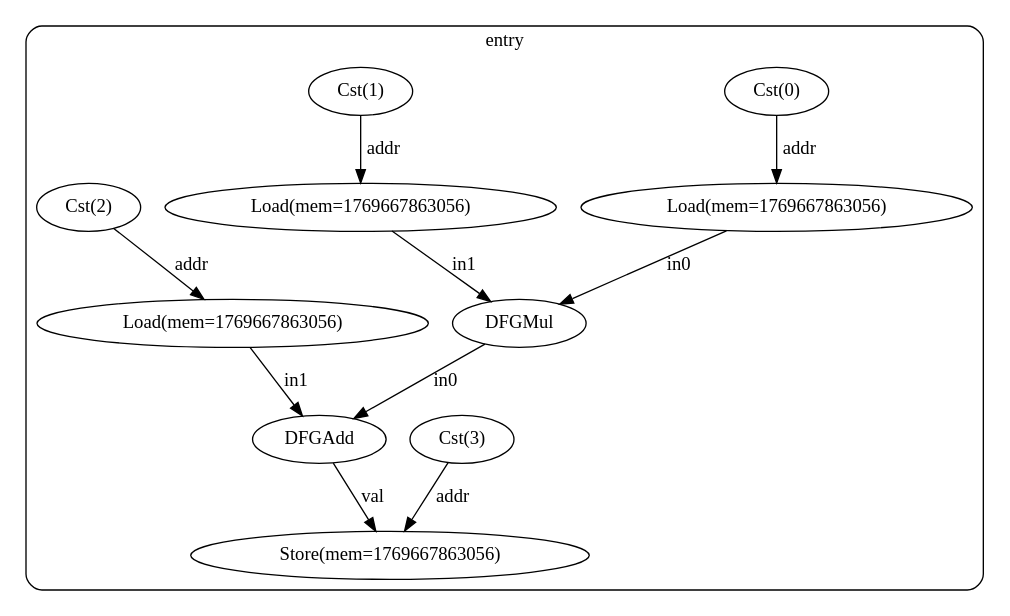
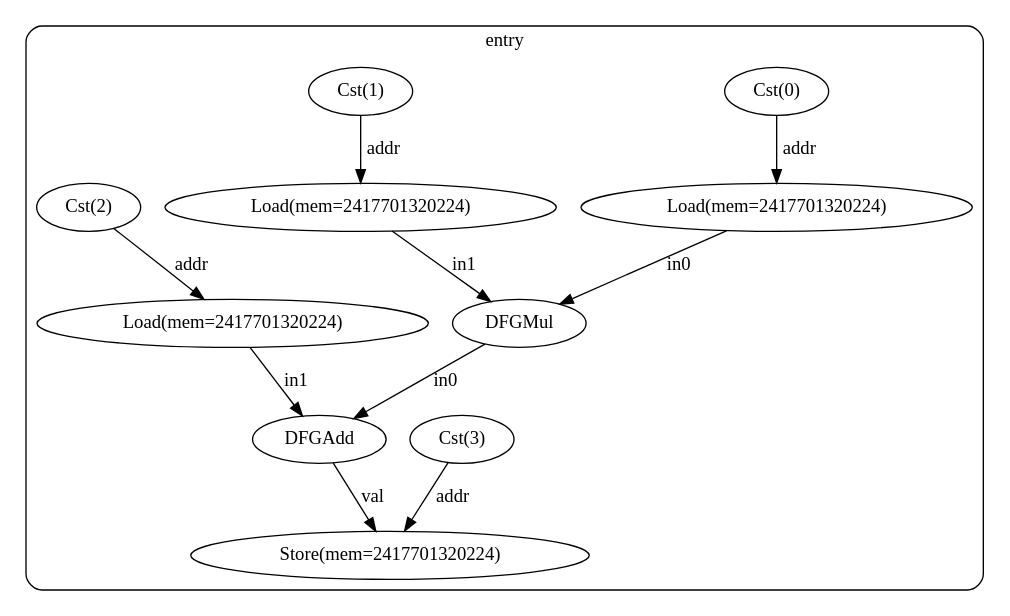
One commit to ma-carrillo/High-level-synthesis-assignment changed the diagram in cfg_with_dfg.dot. Above: the diagram before and after it, drawn with Graphviz. The commit also changed 6 other files, not shown here.

```diff
--- a/cfg_with_dfg.dot
+++ b/cfg_with_dfg.dot
@@ -1,26 +1,26 @@
 digraph "example_cfg" {
   compound=true;
   subgraph "cluster_bb0" {
     label="entry";
     style=rounded;
     bb0_n0 [label="Cst(3)"];
     bb0_n1 [label="Cst(0)"];
-    bb0_n2 [label="Load(mem=1769667863056)"];
+    bb0_n2 [label="Load(mem=2417701320224)"];
     bb0_n3 [label="Cst(1)"];
-    bb0_n4 [label="Load(mem=1769667863056)"];
+    bb0_n4 [label="Load(mem=2417701320224)"];
     bb0_n5 [label="DFGMul"];
     bb0_n6 [label="Cst(2)"];
-    bb0_n7 [label="Load(mem=1769667863056)"];
+    bb0_n7 [label="Load(mem=2417701320224)"];
     bb0_n8 [label="DFGAdd"];
-    bb0_n9 [label="Store(mem=1769667863056)"];
+    bb0_n9 [label="Store(mem=2417701320224)"];
     bb0_n0 -> bb0_n9 [label="addr"];
     bb0_n1 -> bb0_n2 [label="addr"];
     bb0_n2 -> bb0_n5 [label="in0"];
     bb0_n3 -> bb0_n4 [label="addr"];
     bb0_n4 -> bb0_n5 [label="in1"];
     bb0_n5 -> bb0_n8 [label="in0"];
     bb0_n6 -> bb0_n7 [label="addr"];
     bb0_n7 -> bb0_n8 [label="in1"];
     bb0_n8 -> bb0_n9 [label="val"];
   }
 }
```
